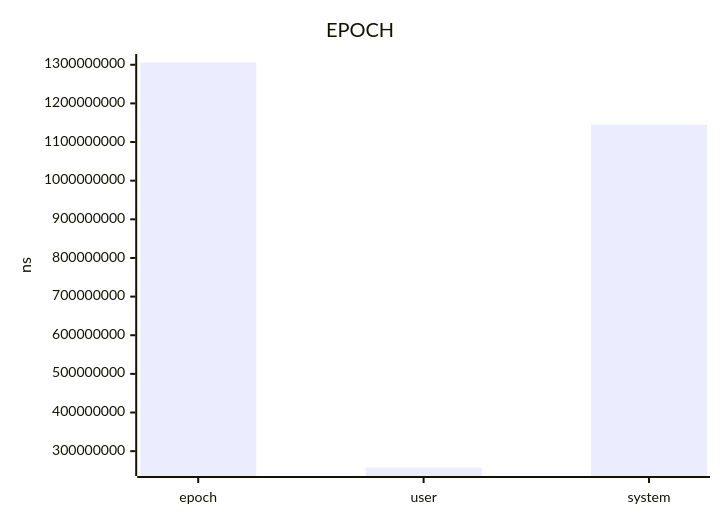
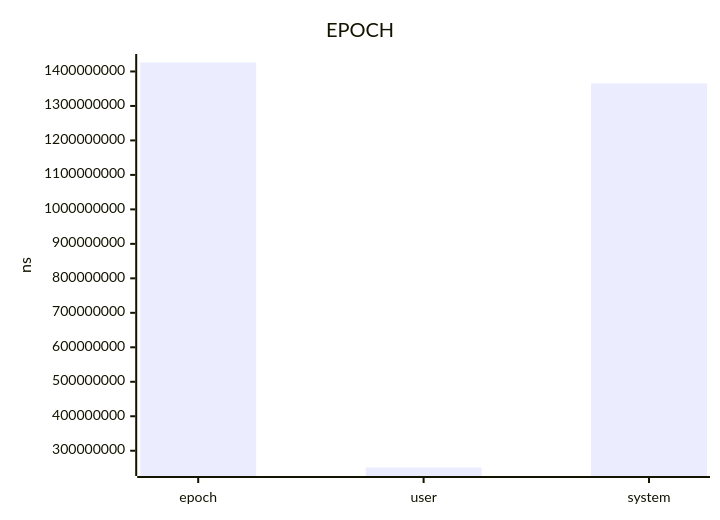
The diagram in benchmark/saw-replace-vs-sed-report.md (jrengmusic/saw), drawn with Mermaid before and after one commit. The commit also changed other lines of this file and 434 other files, not shown here.

````diff
--- a/benchmark/saw-replace-vs-sed-report.md
+++ b/benchmark/saw-replace-vs-sed-report.md
@@ -23,7 +24,7 @@
 ```mermaid
 xychart-beta
 title "EPOCH"
 x-axis ["epoch", "user", "system"]
 y-axis "ns"
-bar [1305832000.00000000000000000, 257734000.00000000000000000, 1145219000.00000000000000000]
+bar [1426010166.66666674613952637, 251364000.00000000000000000, 1365294000.00000000000000000]
 ```
````
